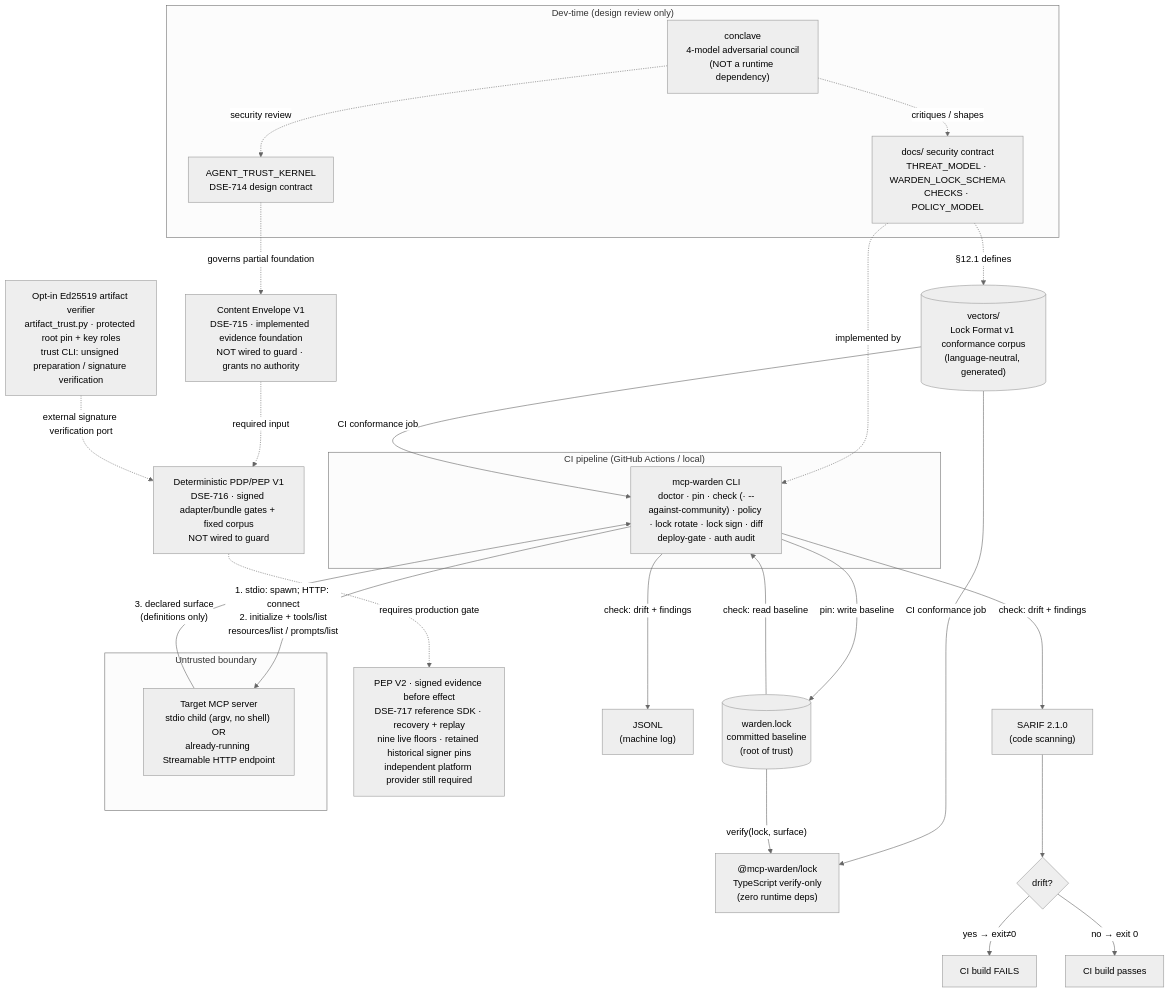
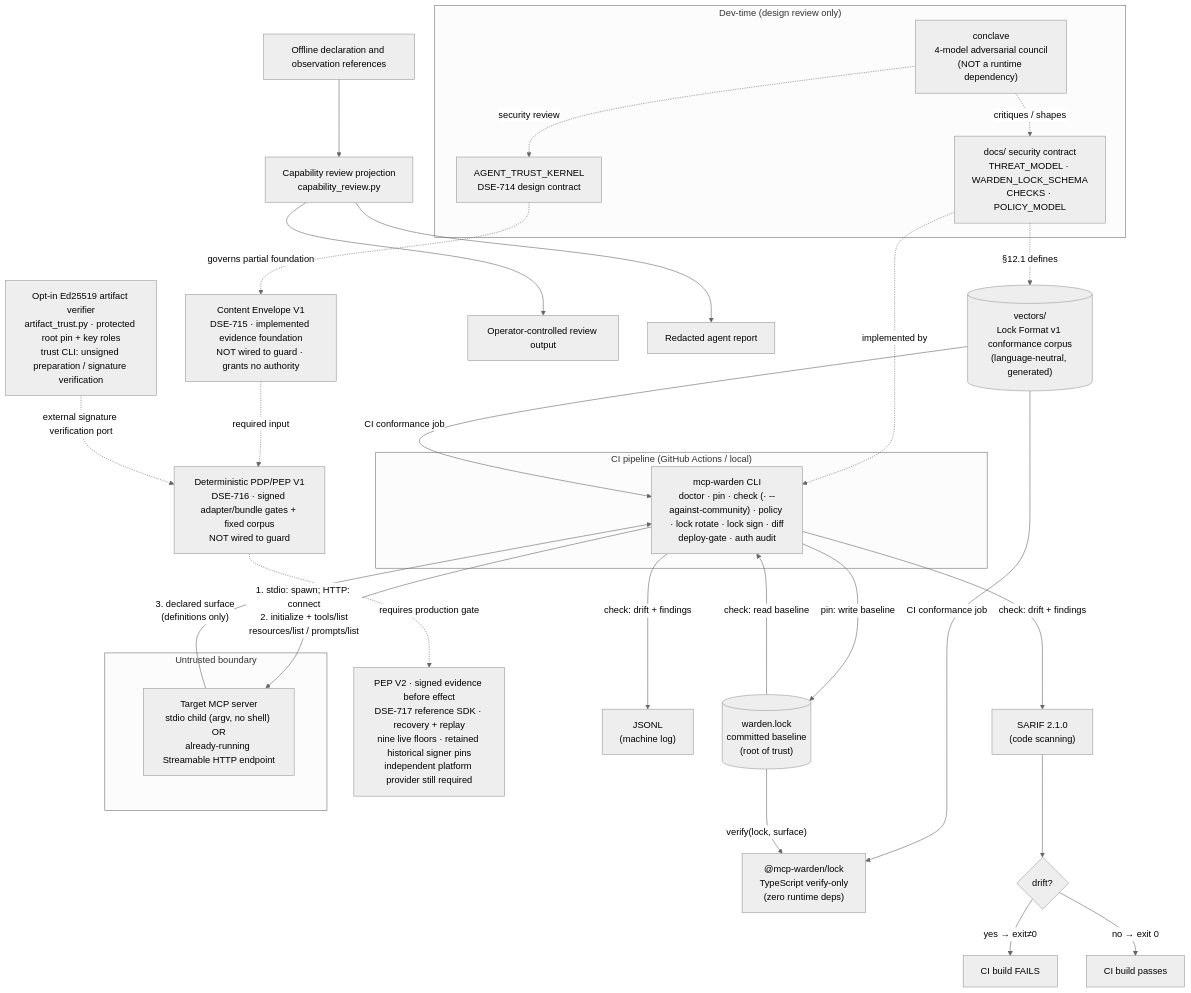
Before and after one commit to DataScience-EngineeringExperts/mcp-warden: the second of 5 diagrams in SYSTEM_CONTEXT_DIAGRAM.md, drawn with Mermaid (neutral theme). The commit also changed other lines of this file and 6 other files, not shown here.

````diff
--- a/SYSTEM_CONTEXT_DIAGRAM.md
+++ b/SYSTEM_CONTEXT_DIAGRAM.md
@@ -144,54 +148,61 @@
 ```mermaid
 flowchart TB
     subgraph dev["Dev-time (design review only)"]
         conclave["conclave\n4-model adversarial council\n(NOT a runtime dependency)"]
         specs["docs/ security contract\nTHREAT_MODEL · WARDEN_LOCK_SCHEMA\nCHECKS · POLICY_MODEL"]
         atk["AGENT_TRUST_KERNEL\nDSE-714 design contract"]
         conclave -. "critiques / shapes" .-> specs
         conclave -. "security review" .-> atk
     end
 
     envelope["Content Envelope V1\nDSE-715 · implemented evidence foundation\nNOT wired to guard · grants no authority"]
     decision["Deterministic PDP/PEP V1\nDSE-716 · signed adapter/bundle gates + fixed corpus\nNOT wired to guard"]
     artifactTrust["Opt-in Ed25519 artifact verifier\nartifact_trust.py · protected root pin + key roles\ntrust CLI: unsigned preparation / signature verification"]
+    reviewInputs["Offline declaration and observation references"]
+    capabilityReview["Capability review projection\ncapability_review.py"]
+    humanReview["Operator-controlled review output"]
+    agentReview["Redacted agent report"]
     evidence["PEP V2 · signed evidence before effect\nDSE-717 reference SDK · recovery + replay\nnine live floors · retained historical signer pins\nindependent platform provider still required"]
     atk -. "governs partial foundation" .-> envelope
     envelope -. "required input" .-> decision
     artifactTrust -. "external signature verification port" .-> decision
+    reviewInputs --> capabilityReview
+    capabilityReview --> humanReview
+    capabilityReview --> agentReview
     decision -. "requires production gate" .-> evidence
 
     subgraph ci["CI pipeline (GitHub Actions / local)"]
         warden["mcp-warden CLI
 doctor · pin · check (· --against-community) · policy · lock rotate · lock sign · diff
 deploy-gate · auth audit"]
     end
 
     subgraph target["Untrusted boundary"]
         server["Target MCP server\nstdio child (argv, no shell) OR\nalready-running Streamable HTTP endpoint"]
     end
 
     repo[("warden.lock\ncommitted baseline\n(root of trust)")]
     sarif["SARIF 2.1.0\n(code scanning)"]
     jsonl["JSONL\n(machine log)"]
 
     specs -. "implemented by" .-> warden
 
     vectors[("vectors/\nLock Format v1 conformance corpus\n(language-neutral, generated)")]
     lockts["@mcp-warden/lock\nTypeScript verify-only\n(zero runtime deps)"]
     specs -. "§12.1 defines" .-> vectors
     vectors -- "CI conformance job" --> warden
     vectors -- "CI conformance job" --> lockts
     repo -- "verify(lock, surface)" --> lockts
 
     warden -- "1. stdio: spawn; HTTP: connect\n2. initialize + tools/list\nresources/list / prompts/list" --> server
     server -- "3. declared surface\n(definitions only)" --> warden
 
     warden -- "pin: write baseline" --> repo
     repo -- "check: read baseline" --> warden
     warden -- "check: drift + findings" --> sarif
     warden -- "check: drift + findings" --> jsonl
 
     sarif --> gate{"drift?"}
     gate -- "yes → exit≠0" --> failci["CI build FAILS"]
     gate -- "no → exit 0" --> passci["CI build passes"]
 ```
````
